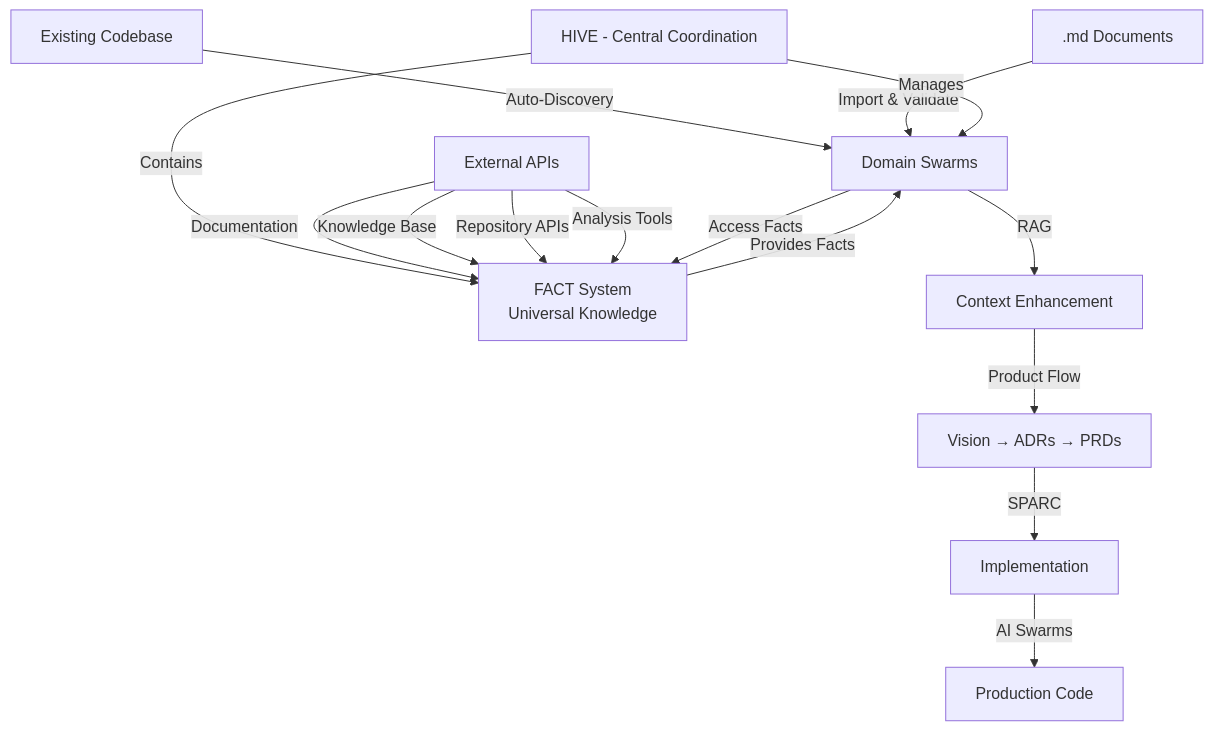
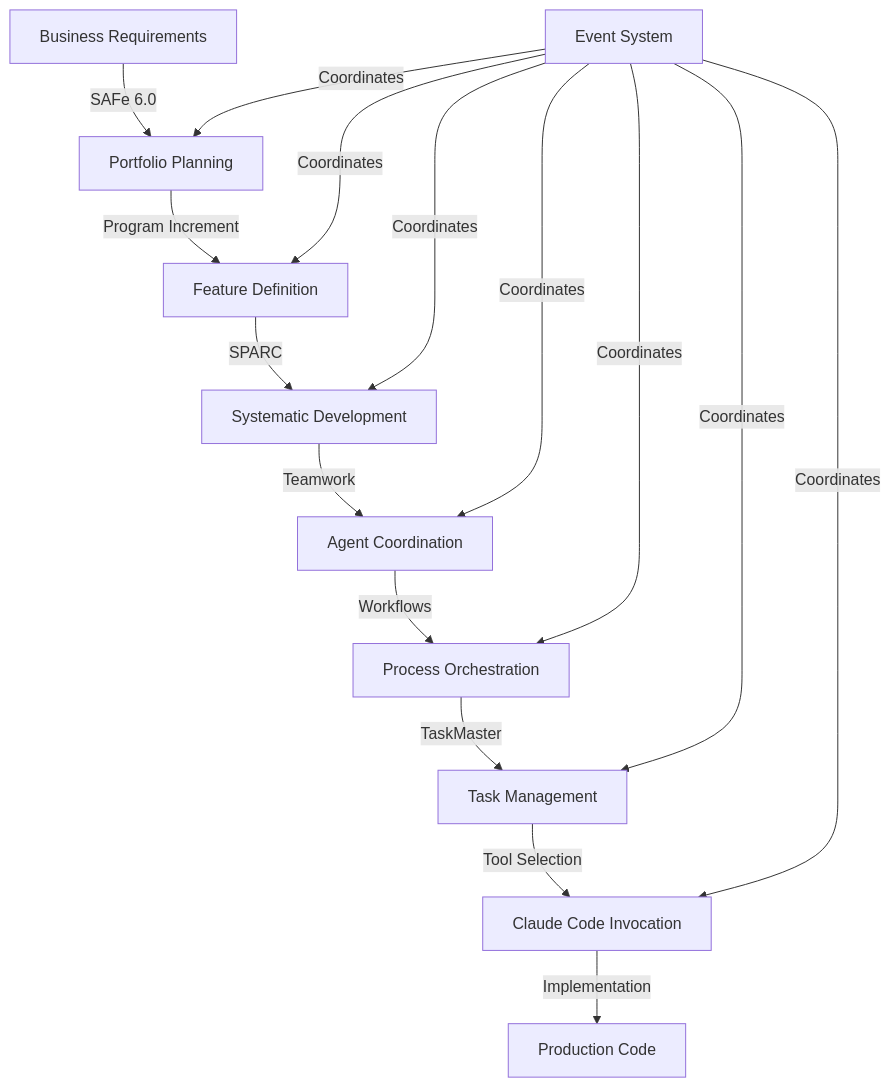
Before and after one commit to mikkihugo/zenflow: the diagram in README.md, drawn with Mermaid. The commit also changed other lines of this file and 24 other files, not shown here.

First line of the commit message:
chore: Update development artifacts and configuration after architecture reorganization

````diff
--- a/README.md
+++ b/README.md
@@ -602,21 +703,19 @@
 ```mermaid
 graph TD
-    A[Existing Codebase] -->|Auto-Discovery| B[Domain Swarms]
-    C[.md Documents] -->|Import & Validate| B
+    A[Business Requirements] -->|SAFe 6.0| B[Portfolio Planning]
+    B -->|Program Increment| C[Feature Definition]
+    C -->|SPARC| D[Systematic Development]
+    D -->|Teamwork| E[Agent Coordination]
+    E -->|Workflows| F[Process Orchestration]
+    F -->|TaskMaster| G[Task Management]
+    G -->|Tool Selection| H[Claude Code Invocation]
+    H -->|Implementation| I[Production Code]
     
-    H[HIVE - Central Coordination] -->|Manages| B
-    H -->|Contains| I[FACT System<br/>Universal Knowledge]
-    
-    X[External APIs] -->|Documentation| I
-    X -->|Knowledge Base| I
-    X -->|Repository APIs| I
-    X -->|Analysis Tools| I
-    
-    B -->|Access Facts| I
-    I -->|Provides Facts| B
-    
-    B -->|RAG| E[Context Enhancement]
-    E -->|Product Flow| F[Vision → ADRs → PRDs]
-    F -->|SPARC| G[Implementation]
-    G -->|AI Swarms| J[Production Code]
+    J[Event System] -->|Coordinates| B
+    J -->|Coordinates| C
+    J -->|Coordinates| D
+    J -->|Coordinates| E
+    J -->|Coordinates| F
+    J -->|Coordinates| G
+    J -->|Coordinates| H
 ```
````
